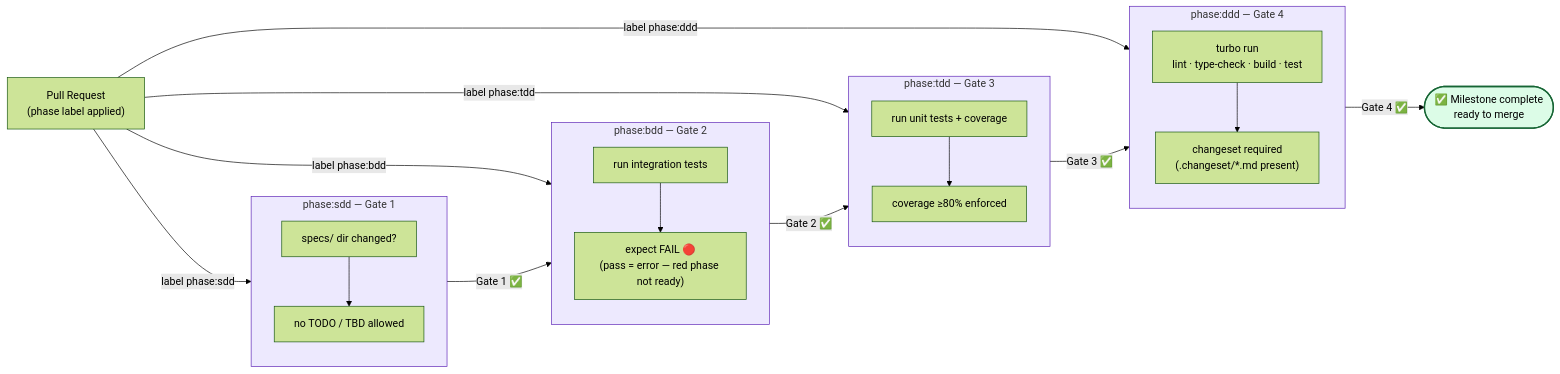
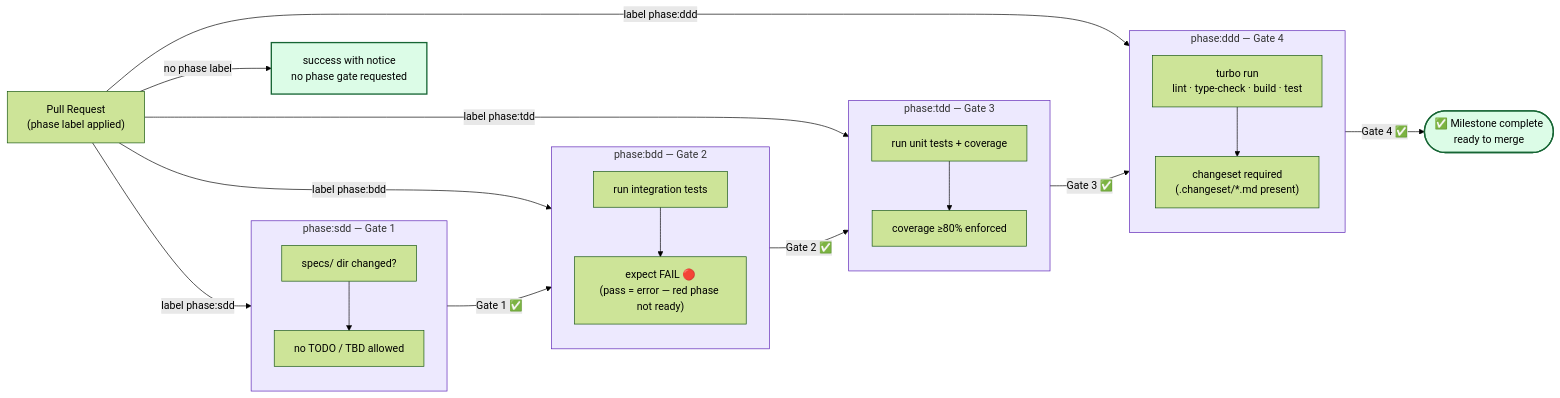
The diagram in specs/diagrams/ci-pipeline--phase-gates.mermaid (aretw0/refarm), drawn with Mermaid (forest theme) before and after one commit. The commit also changed 6 other files, not shown here.

```diff
--- a/specs/diagrams/ci-pipeline--phase-gates.mermaid
+++ b/specs/diagrams/ci-pipeline--phase-gates.mermaid
@@ -1,42 +1,43 @@
 flowchart LR
   PR["Pull Request\n(phase label applied)"]
 
   subgraph SDD["phase:sdd — Gate 1"]
     S1["specs/ dir changed?"]
     S2["no TODO / TBD allowed"]
     S1 --> S2
   end
 
   subgraph BDD["phase:bdd — Gate 2"]
     B1["run integration tests"]
     B2["expect FAIL 🔴\n(pass = error — red phase not ready)"]
     B1 --> B2
   end
 
   subgraph TDD["phase:tdd — Gate 3"]
     T1["run unit tests + coverage"]
     T2["coverage ≥80% enforced"]
     T1 --> T2
   end
 
   subgraph DDD["phase:ddd — Gate 4"]
     D1["turbo run\nlint · type-check · build · test"]
     D2["changeset required\n(.changeset/*.md present)"]
     D1 --> D2
   end
 
   PR -->|"label phase:sdd"| SDD
   PR -->|"label phase:bdd"| BDD
   PR -->|"label phase:tdd"| TDD
   PR -->|"label phase:ddd"| DDD
+  PR -->|"no phase label"| Notice["success with notice\nno phase gate requested"]
 
   SDD -->|"Gate 1 ✅"| BDD
   BDD -->|"Gate 2 ✅"| TDD
   TDD -->|"Gate 3 ✅"| DDD
   DDD -->|"Gate 4 ✅"| Done(["✅ Milestone complete\nready to merge"])
 
   classDef gate fill:#ede9fe,stroke:#5b21b6,stroke-width:1px;
   classDef done fill:#dcfce7,stroke:#166534,stroke-width:2px;
 
   class SDD,BDD,TDD,DDD gate;
-  class Done done;
+  class Done,Notice done;
```
